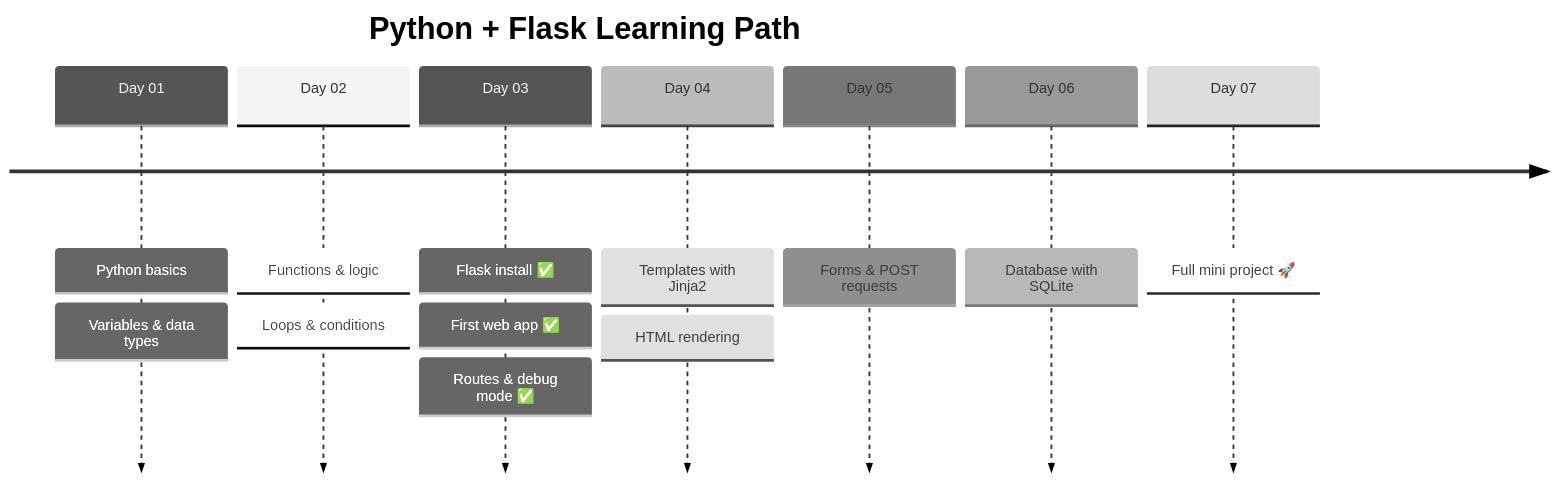
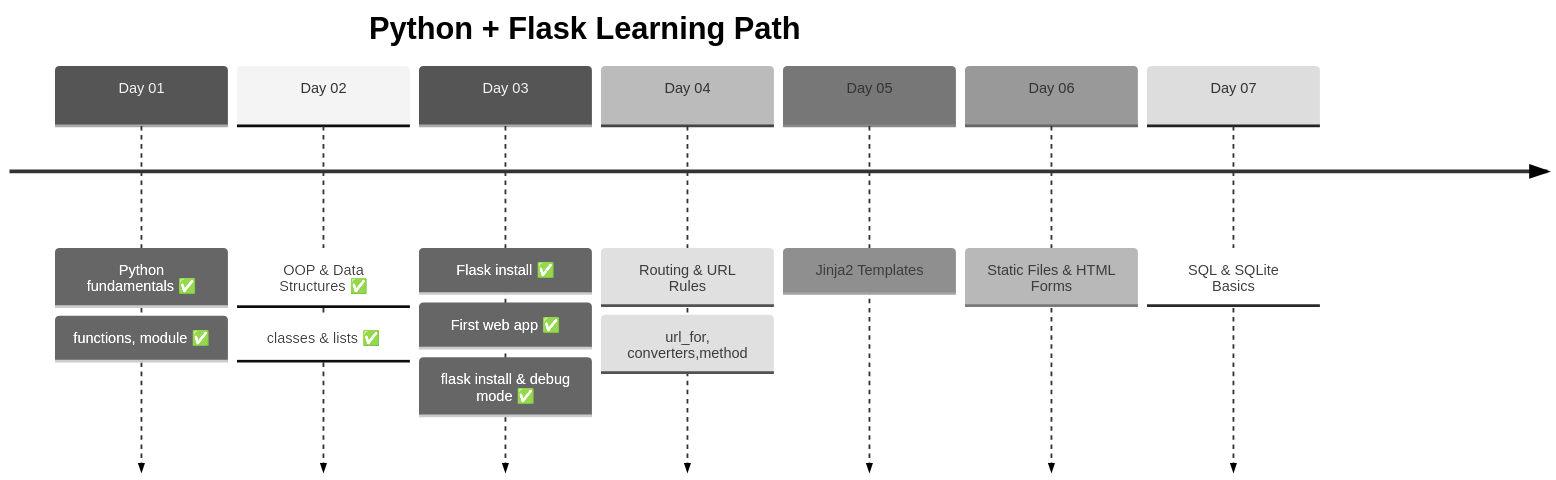
Before and after one commit to LikeNmuFF/Upskill-Flask: the fourth of 5 diagrams in Day-03/README.md, drawn with Mermaid (neutral theme).

Commit message:
Upskill:fixing the Day03 readme

````diff
--- a/Day-03/README.md
+++ b/Day-03/README.md
@@ -124,16 +124,16 @@
 ```mermaid
 timeline
     title Python + Flask Learning Path
-    Day 01 : Python basics
-           : Variables & data types
-    Day 02 : Functions & logic
-           : Loops & conditions
+    Day 01 : Python fundamentals ✅
+           : functions, module ✅
+    Day 02 : OOP & Data Structures ✅
+           : classes & lists ✅
     Day 03 : Flask install ✅
            : First web app ✅
-           : Routes & debug mode ✅
-    Day 04 : Templates with Jinja2
-           : HTML rendering
-    Day 05 : Forms & POST requests
-    Day 06 : Database with SQLite
-    Day 07 : Full mini project 🚀
+           : flask install & debug mode ✅
+    Day 04 : Routing & URL Rules 
+           : url_for, converters,method
+    Day 05 : Jinja2 Templates
+    Day 06 : Static Files & HTML Forms
+    Day 07 : SQL & SQLite Basics
 ```
````
